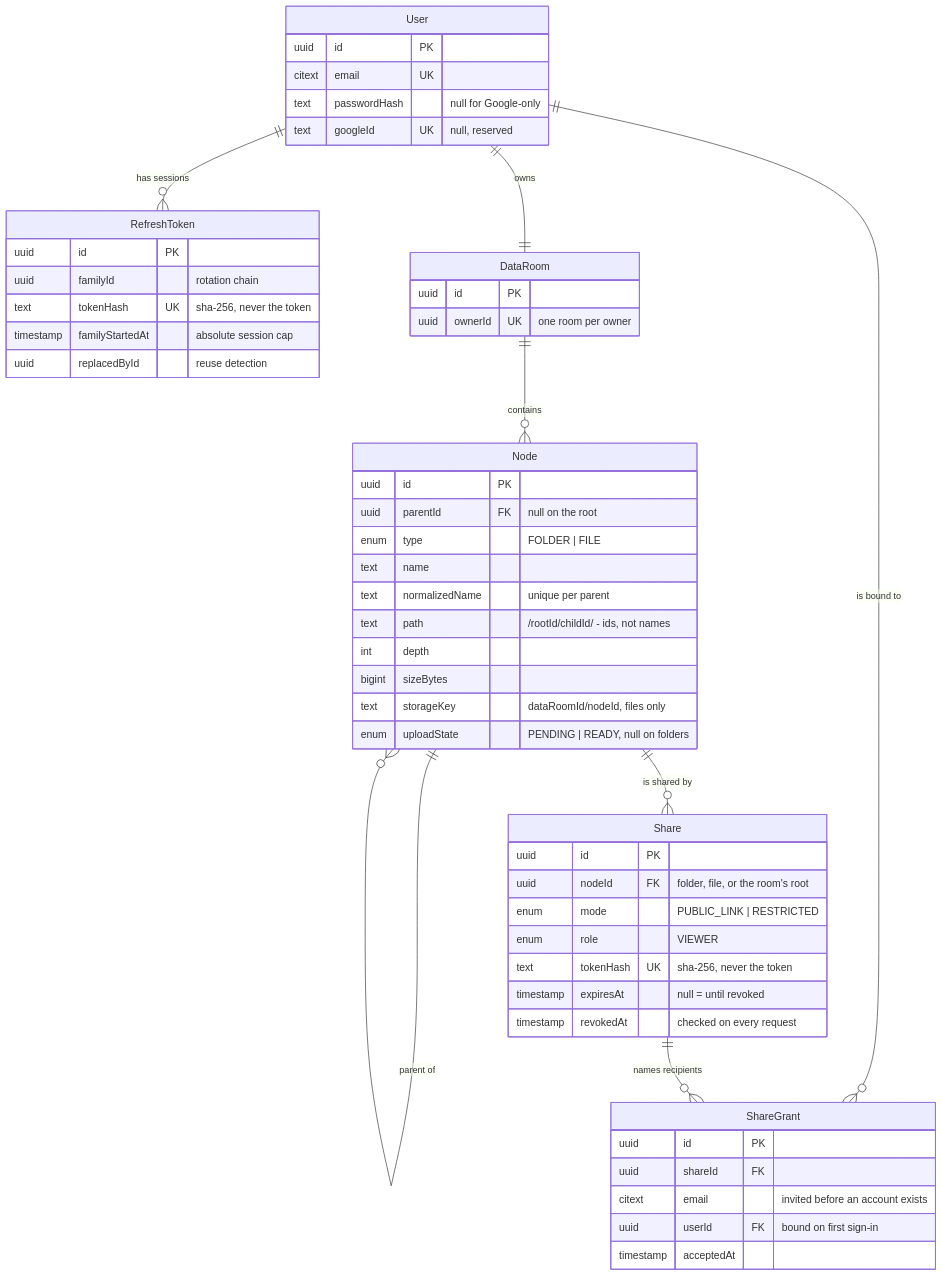
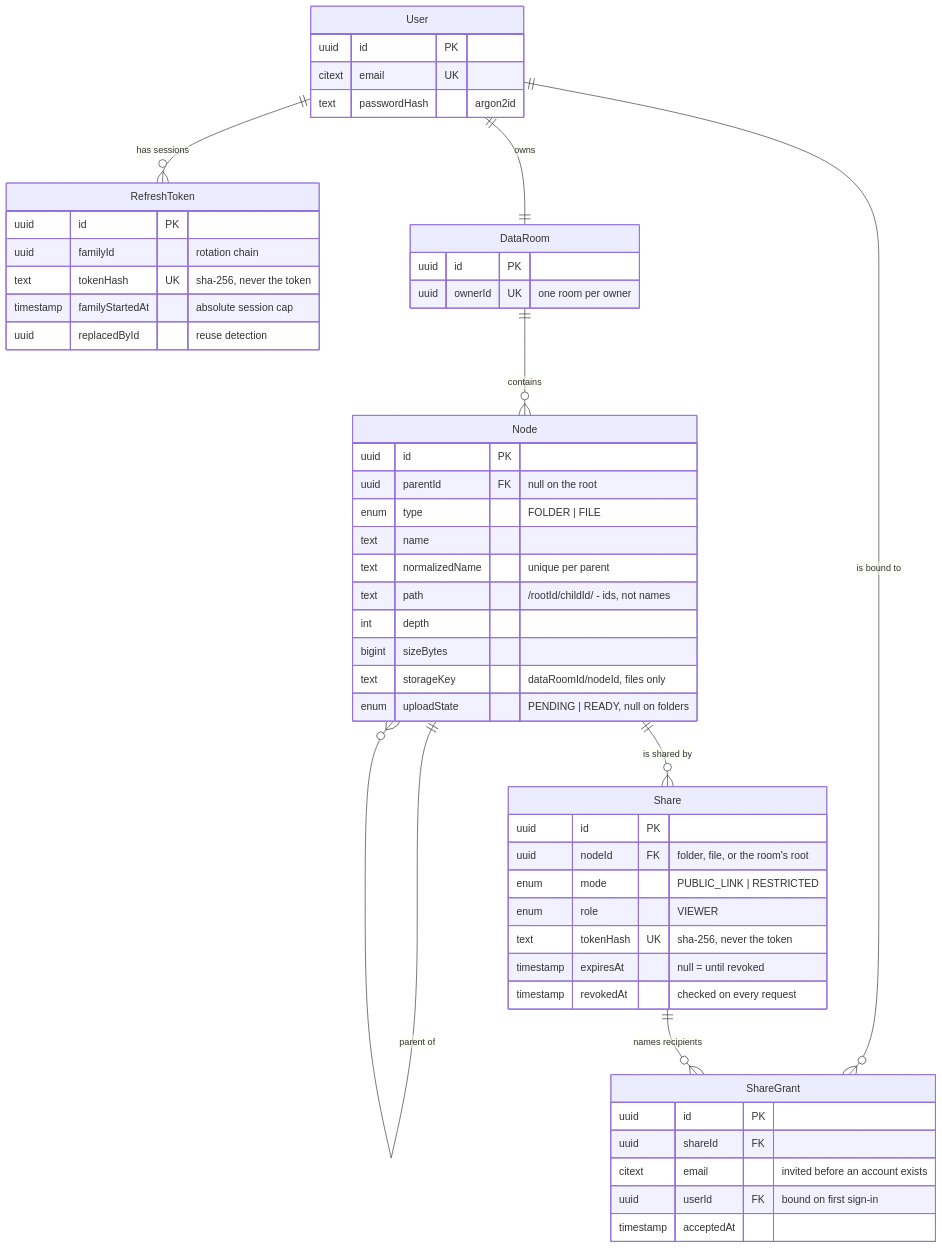
Before and after one commit to Zoturn/Data-Room: the diagram in README.md, drawn with Mermaid. The commit also changed other lines of this file and 54 other files, not shown here.

````diff
--- a/README.md
+++ b/README.md
@@ -51,56 +51,55 @@
 ```mermaid
 erDiagram
     User ||--o{ RefreshToken : "has sessions"
     User ||--|| DataRoom : owns
     User ||--o{ ShareGrant : "is bound to"
     DataRoom ||--o{ Node : contains
     Node ||--o{ Node : "parent of"
     Node ||--o{ Share : "is shared by"
     Share ||--o{ ShareGrant : "names recipients"
 
     User {
         uuid id PK
         citext email UK
-        text passwordHash "null for Google-only"
-        text googleId UK "null, reserved"
+        text passwordHash "argon2id"
     }
     RefreshToken {
         uuid id PK
         uuid familyId "rotation chain"
         text tokenHash UK "sha-256, never the token"
         timestamp familyStartedAt "absolute session cap"
         uuid replacedById "reuse detection"
     }
     DataRoom {
         uuid id PK
         uuid ownerId UK "one room per owner"
     }
     Node {
         uuid id PK
         uuid parentId FK "null on the root"
         enum type "FOLDER | FILE"
         text name
         text normalizedName "unique per parent"
         text path "/rootId/childId/ - ids, not names"
         int depth
         bigint sizeBytes
         text storageKey "dataRoomId/nodeId, files only"
         enum uploadState "PENDING | READY, null on folders"
     }
     Share {
         uuid id PK
         uuid nodeId FK "folder, file, or the room's root"
         enum mode "PUBLIC_LINK | RESTRICTED"
         enum role "VIEWER"
         text tokenHash UK "sha-256, never the token"
         timestamp expiresAt "null = until revoked"
         timestamp revokedAt "checked on every request"
     }
     ShareGrant {
         uuid id PK
         uuid shareId FK
         citext email "invited before an account exists"
         uuid userId FK "bound on first sign-in"
         timestamp acceptedAt
     }
 ```
````
